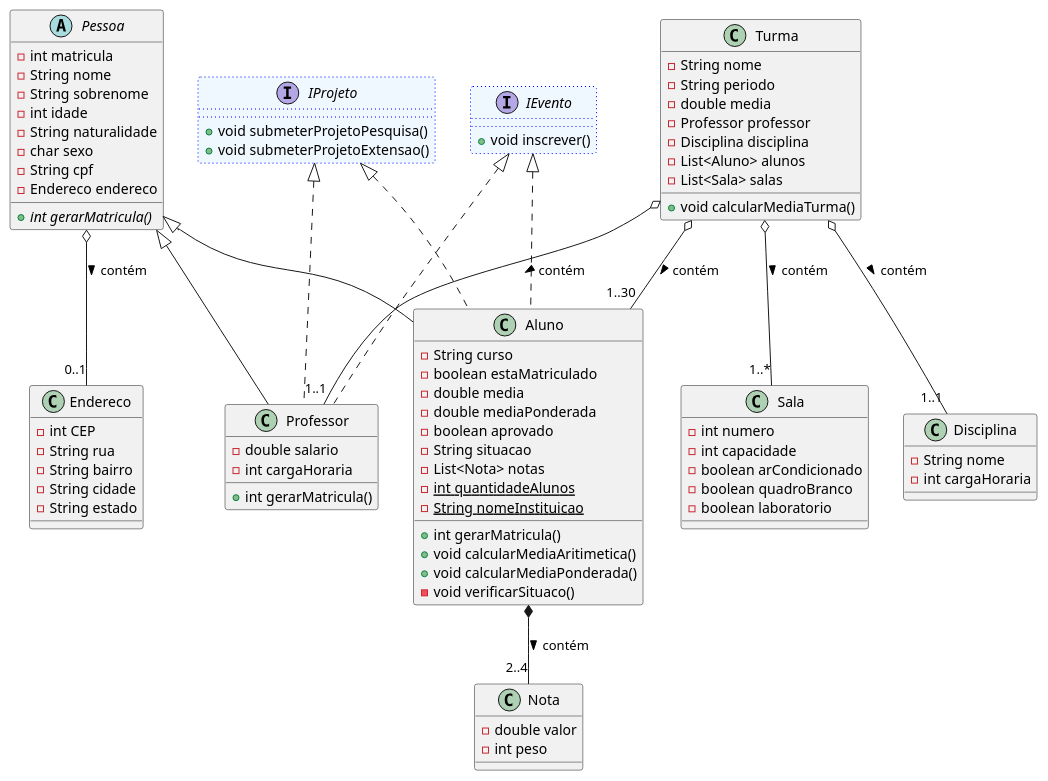
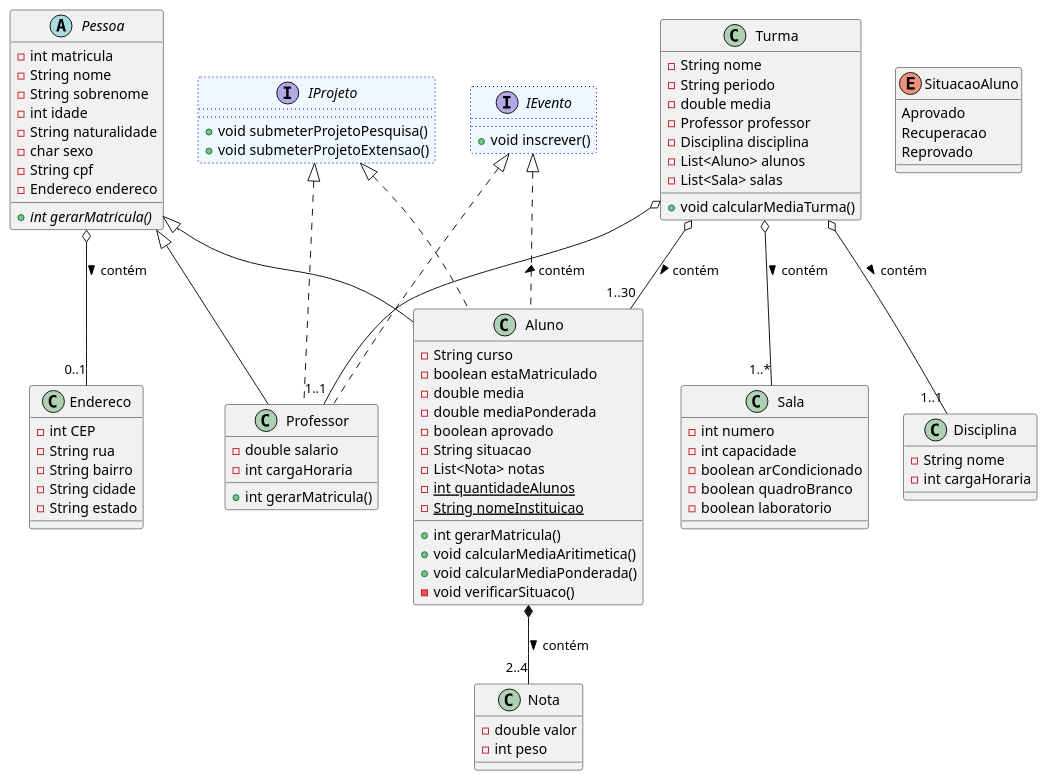
The diagram in diagramas/DiagramaClasse.wsd (diegoarmandoo/academico-api), drawn with PlantUML before and after one commit.

Commit message:
refactor(DiagramaClasse): define o enum para situaçãoo do aluno

```diff
--- a/diagramas/DiagramaClasse.wsd
+++ b/diagramas/DiagramaClasse.wsd
@@ -1,106 +1,112 @@
 @startuml Academico
 
     Class Endereco {
         - int CEP
         - String rua
         - String bairro
         - String cidade
         - String estado
     }
 
     abstract Class Pessoa {
         - int matricula
         - String nome
         - String sobrenome
         - int idade
         - String naturalidade
         - char sexo
         - String cpf
         - Endereco endereco
 
         + {abstract} int gerarMatricula()
     }
 
     Class Nota {
         - double valor
         - int peso
     }
 
     Class Aluno {
         - String curso 
         - boolean estaMatriculado
         - double media
         - double mediaPonderada
         - boolean aprovado
         - String situacao
         - List<Nota> notas
         - {static} int quantidadeAlunos
         - {static} String nomeInstituicao
 
         + int gerarMatricula()
         + void calcularMediaAritimetica()
         + void calcularMediaPonderada()
         - void verificarSituaco()
     }
 
     Class Professor {
         - double salario
         - int cargaHoraria
         
         + int gerarMatricula()
     }
 
     Class Disciplina {
         - String nome
         - int cargaHoraria
     }
 
     Class Sala {
         - int numero
         - int capacidade
         - boolean arCondicionado
         - boolean quadroBranco
         - boolean laboratorio
     }
 
     Class Turma {
         - String nome
         - String periodo
         - double media
         - Professor professor
         - Disciplina disciplina
         - List<Aluno> alunos
         - List<Sala> salas
 
         + void calcularMediaTurma()
     }
 
     interface IProjeto #aliceblue ##[dotted]blue {
 
         + void submeterProjetoPesquisa()
         + void submeterProjetoExtensao()
 
     }
 
     interface IEvento #aliceblue ##[dotted]blue {
 
         + void inscrever()
     }
 
+    enum SituacaoAluno {
+        Aprovado
+        Recuperacao
+        Reprovado
+    }
+
     Pessoa <|-- Aluno
     Pessoa <|-- Professor
     Pessoa o-- "0..1" Endereco : contém >
 
     Aluno *-- "2..4" Nota : contém >
 
     Turma o-- "1..1" Professor : contém >
     Turma o-- "1..1" Disciplina : contém >
     Turma o-- "1..30" Aluno : contém >
     Turma o-- "1..*" Sala : contém >
 
     IProjeto <|.. Professor
     IProjeto <|.. Aluno
     IEvento <|.. Professor
     IEvento <|.. Aluno
 
 @enduml
```
